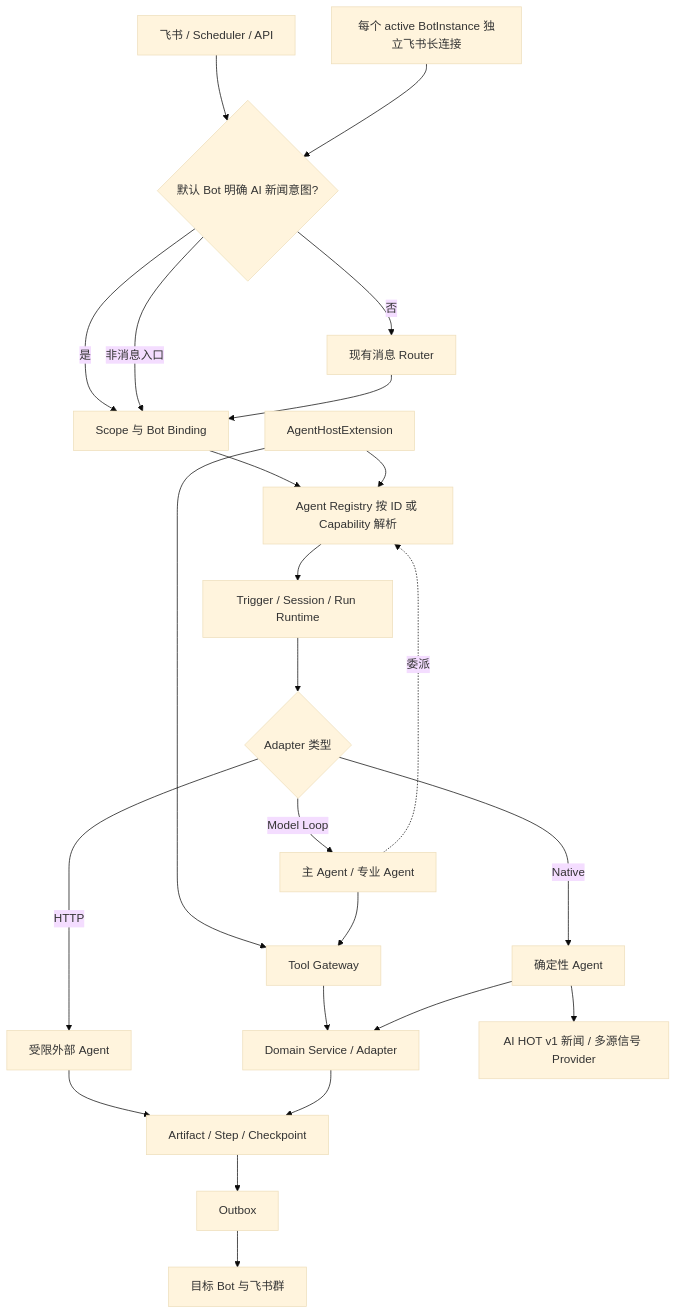
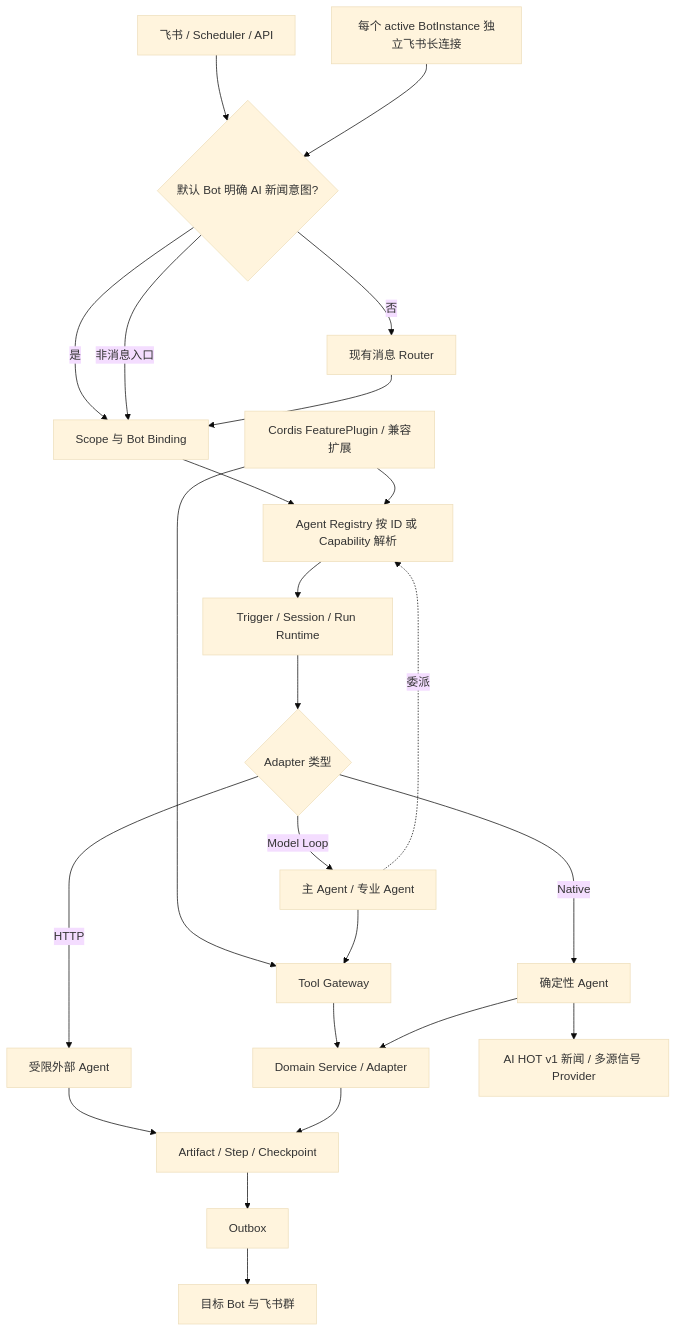
One commit to KlayPeter/AI-Delivery-Ops-Agent changed the diagram in backend/src/platform/FEATURE.md. Above: the diagram before and after it, drawn with Mermaid (base theme). The commit also changed other lines of this file and 47 other files, not shown here.

Commit message:
feat: compose business Agents with Cordis feature plugins

````diff
--- a/backend/src/platform/FEATURE.md
+++ b/backend/src/platform/FEATURE.md
@@ -29,26 +29,26 @@
 ```mermaid
 flowchart TD
     A["飞书 / Scheduler / API"] --> R{"默认 Bot 明确 AI 新闻意图?"}
     R -- "是" --> B["Scope 与 Bot Binding"]
     R -- "否" --> Q["现有消息 Router"]
     R -- "非消息入口" --> B
     Q --> B
     B --> C["Agent Registry 按 ID 或 Capability 解析"]
-    X["AgentHostExtension"] --> C
+    X["Cordis FeaturePlugin / 兼容扩展"] --> C
     X --> I["Tool / Skill / Adapter 注册"]
     C --> D["Trigger / Session / Run Runtime"]
     D --> E{"Adapter 类型"}
     E -- Model Loop --> F["主 Agent / 专业 Agent"]
     E -- Native --> G["确定性 Agent"]
     E -- HTTP --> H["受限外部 Agent"]
     F --> I["Tool Gateway"]
     F -. 委派 .-> C
     I --> J["Domain Service / Adapter"]
     G --> J
     H --> K["Artifact / Step / Checkpoint"]
     J --> K
     K --> L["Outbox"]
     L --> M["目标 Bot 与飞书群"]
     N["每个 active BotInstance 独立飞书长连接"] --> R
     G --> O["AI HOT v1 新闻 / 多源信号 Provider"]
 ```
````
